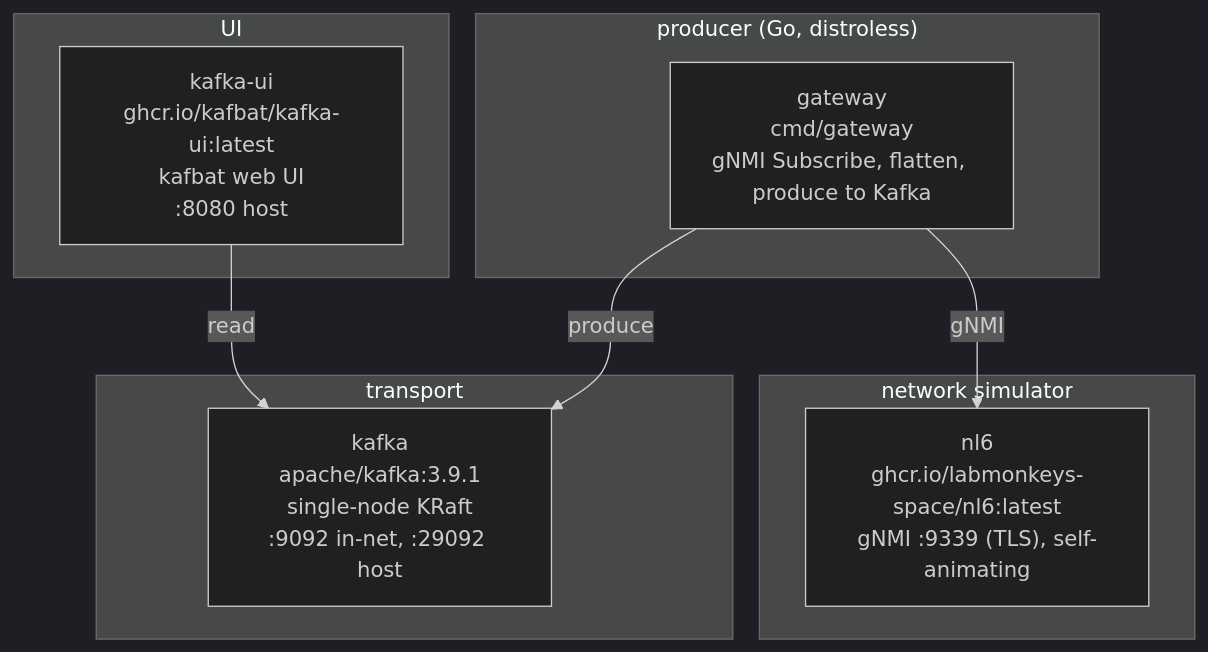
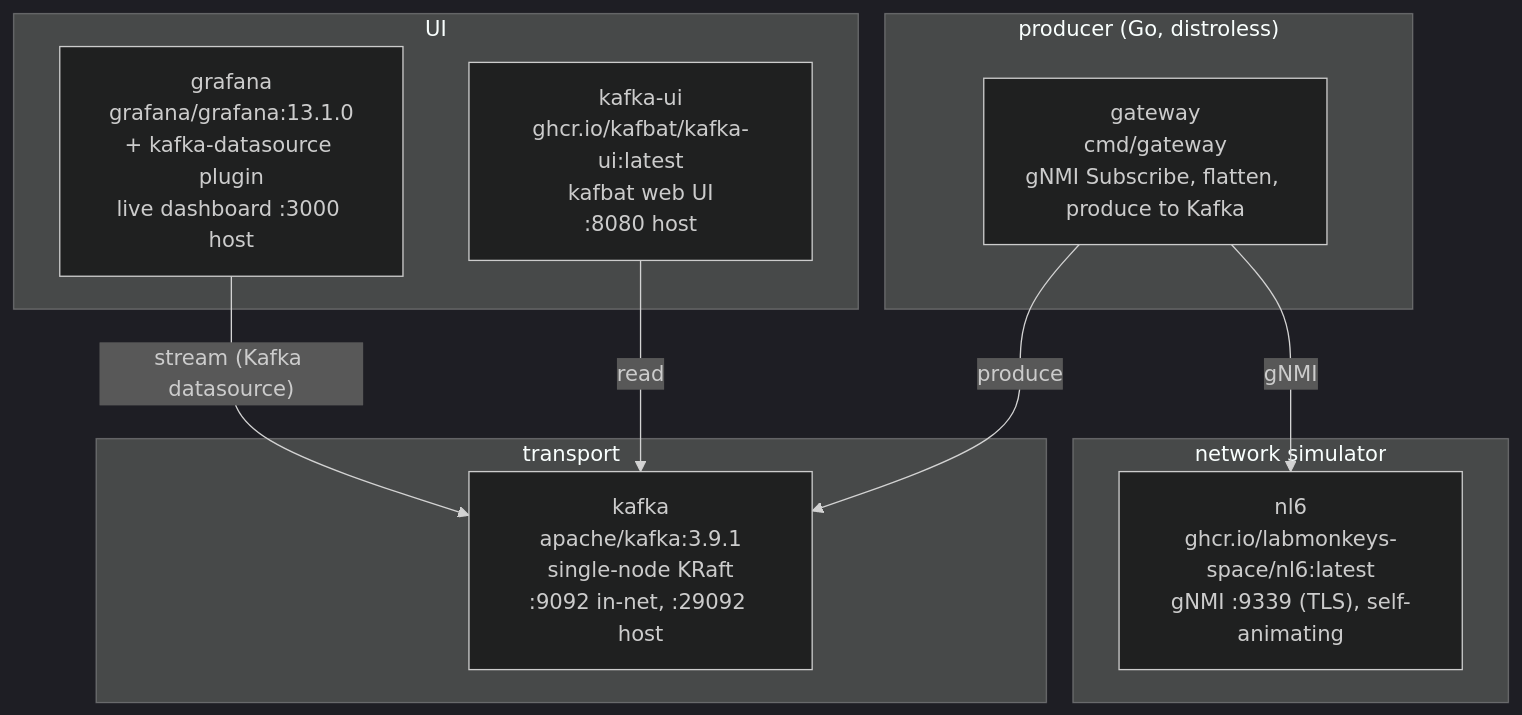
The second of 2 diagrams in README.md (indigo423/gnmi-kafka-producer), drawn with Mermaid (dark theme) before and after one commit. The commit also changed other lines of this file and 7 other files, not shown here.

First line of the commit message:
feat!: add live Grafana dashboard over gnmi.telemetry via Kafka datasource plugin

````diff
--- a/README.md
+++ b/README.md
@@ -23,22 +25,24 @@
 ```mermaid
 flowchart TB
     subgraph sim["network simulator"]
         NL6["nl6<br/>ghcr.io/labmonkeys-space/nl6:latest<br/>gNMI :9339 (TLS), self-animating"]
     end
 
     subgraph producer["producer (Go, distroless)"]
         GW["gateway<br/>cmd/gateway<br/>gNMI Subscribe, flatten, produce to Kafka"]
     end
 
     subgraph transport["transport"]
         K["kafka<br/>apache/kafka:3.9.1<br/>single-node KRaft<br/>:9092 in-net, :29092 host"]
     end
 
     subgraph ui["UI"]
         UI["kafka-ui<br/>ghcr.io/kafbat/kafka-ui:latest<br/>kafbat web UI<br/>:8080 host"]
+        GF["grafana<br/>grafana/grafana:13.1.0<br/>+ kafka-datasource plugin<br/>live dashboard :3000 host"]
     end
 
     GW -- gNMI --> NL6
     GW -- produce --> K
     UI -- read --> K
+    GF -- stream (Kafka datasource) --> K
 ```
````
